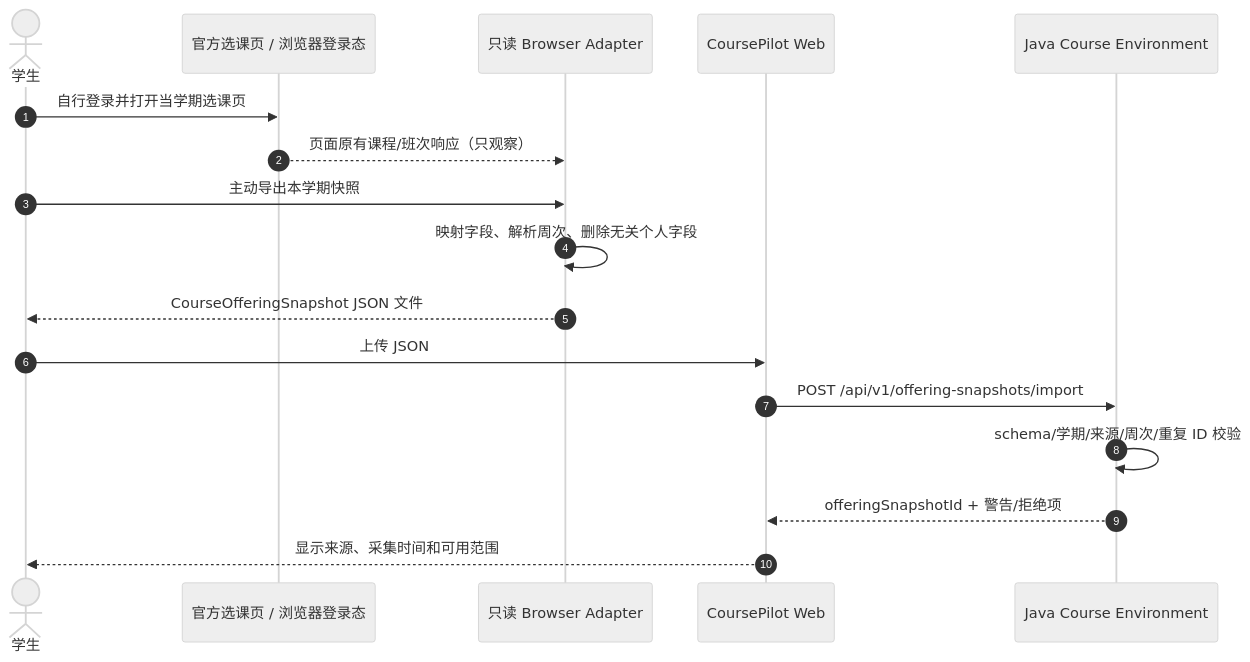
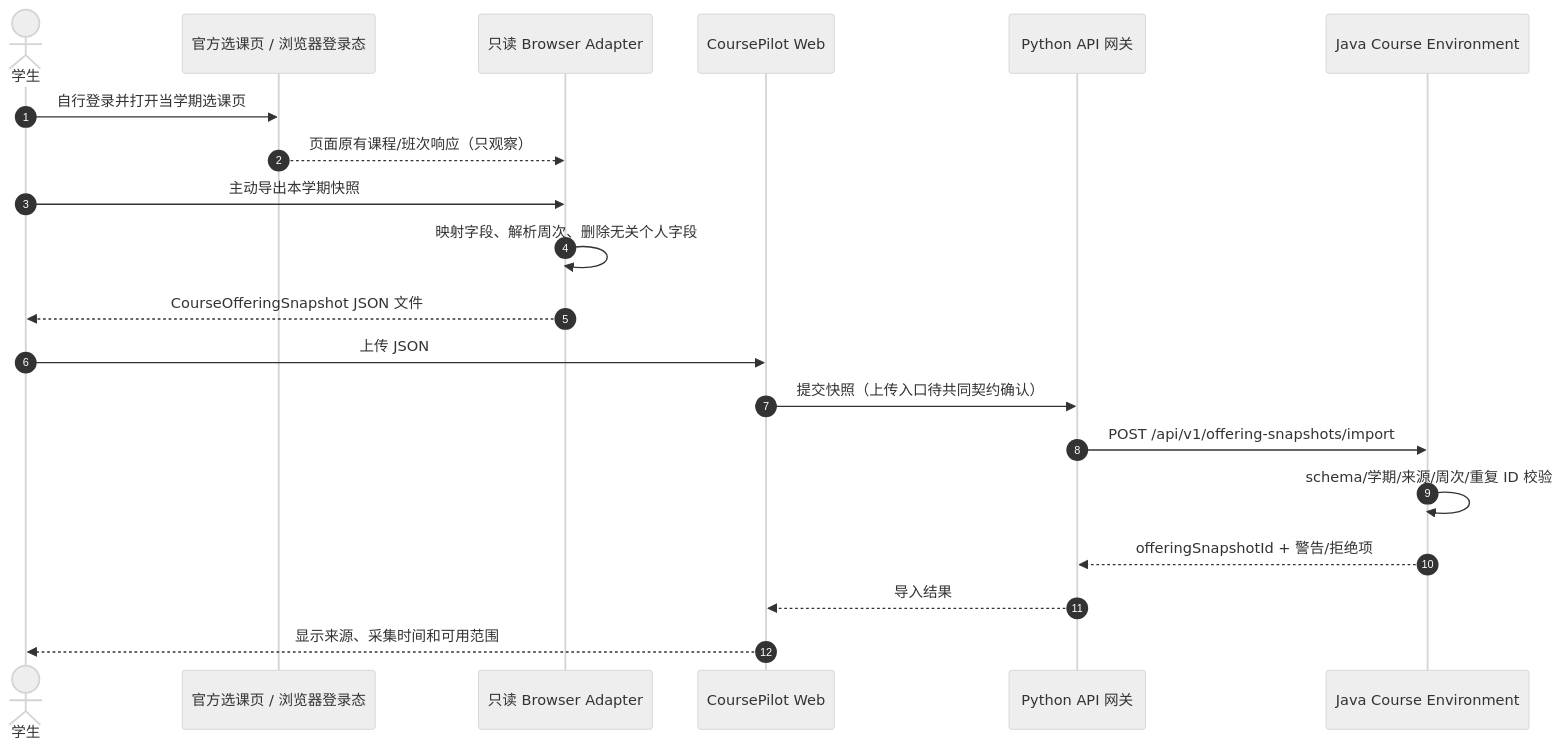
One commit to HelicasECoode42/CoursePilot-Evo changed the diagram in docs/09-browser-adapter.md. Above: the diagram before and after it, drawn with Mermaid (neutral theme). The commit also changed other lines of this file and 8 other files, not shown here.

````diff
--- a/docs/09-browser-adapter.md
+++ b/docs/09-browser-adapter.md
@@ -22,19 +24,22 @@
 ```mermaid
 sequenceDiagram
   autonumber
   actor S as 学生
   participant JW as 官方选课页 / 浏览器登录态
   participant BA as 只读 Browser Adapter
   participant UI as CoursePilot Web
+  participant P as Python API 网关
   participant J as Java Course Environment
   S->>JW: 自行登录并打开当学期选课页
   JW-->>BA: 页面原有课程/班次响应（只观察）
   S->>BA: 主动导出本学期快照
   BA->>BA: 映射字段、解析周次、删除无关个人字段
   BA-->>S: CourseOfferingSnapshot JSON 文件
   S->>UI: 上传 JSON
-  UI->>J: POST /api/v1/offering-snapshots/import
+  UI->>P: 提交快照（上传入口待共同契约确认）
+  P->>J: POST /api/v1/offering-snapshots/import
   J->>J: schema/学期/来源/周次/重复 ID 校验
-  J-->>UI: offeringSnapshotId + 警告/拒绝项
+  J-->>P: offeringSnapshotId + 警告/拒绝项
+  P-->>UI: 导入结果
   UI-->>S: 显示来源、采集时间和可用范围
 ```
````
